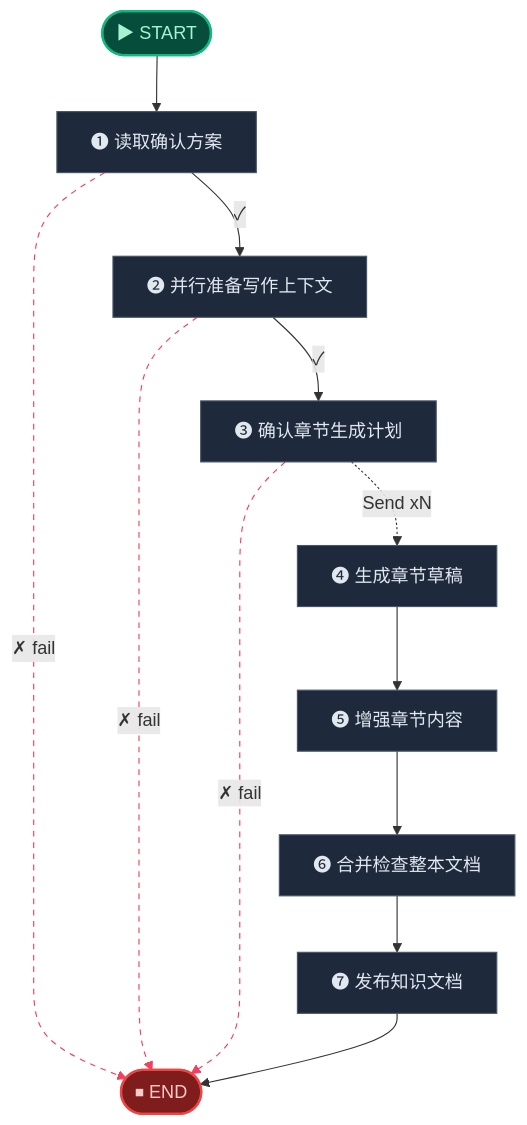
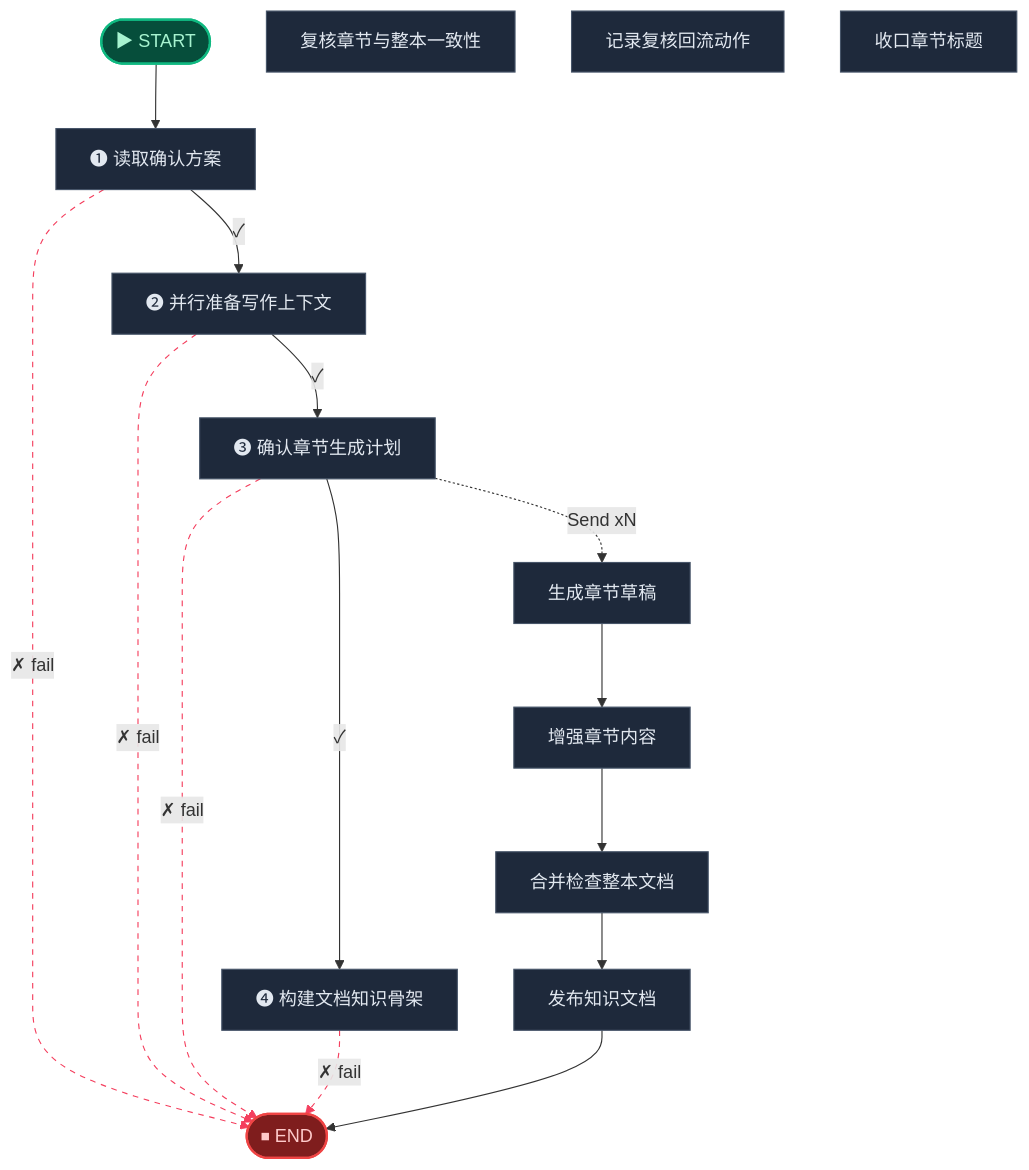
One commit to aiteachme/AITeachMe changed the second of 3 diagrams in backend/scripts/.generated_workflow_diagrams/digest.md. Above: the diagram before and after it, drawn with Mermaid. The commit also changed other lines of this file and 6 other files, not shown here.

````diff
--- a/backend/scripts/.generated_workflow_diagrams/digest.md
+++ b/backend/scripts/.generated_workflow_diagrams/digest.md
@@ -63,34 +63,40 @@
 ```mermaid
 flowchart TD
     __start__(["▶ START"])
     读取确认方案["❶ 读取确认方案"]
     并行准备写作上下文["❷ 并行准备写作上下文"]
     确认章节生成计划["❸ 确认章节生成计划"]
-    生成章节草稿["❹ 生成章节草稿"]
-    增强章节内容["❺ 增强章节内容"]
-    合并检查整本文档["❻ 合并检查整本文档"]
-    发布知识文档["❼ 发布知识文档"]
+    构建文档知识骨架["❹ 构建文档知识骨架"]
+    生成章节草稿["生成章节草稿"]
+    增强章节内容["增强章节内容"]
+    复核章节与整本一致性["复核章节与整本一致性"]
+    记录复核回流动作["记录复核回流动作"]
+    合并检查整本文档["合并检查整本文档"]
+    收口章节标题["收口章节标题"]
+    发布知识文档["发布知识文档"]
     __end__(["⏹ END"])
 
     __start__ --> 读取确认方案
     并行准备写作上下文 -. "✗ fail" .-> __end__
     并行准备写作上下文 -->|"✓"| 确认章节生成计划
+    构建文档知识骨架 -. "✗ fail" .-> __end__
     确认章节生成计划 -. "✗ fail" .-> __end__
+    确认章节生成计划 -->|"✓"| 构建文档知识骨架
     读取确认方案 -. "✗ fail" .-> __end__
     读取确认方案 -->|"✓"| 并行准备写作上下文
     确认章节生成计划 -. "Send xN" .-> 生成章节草稿
     生成章节草稿 --> 增强章节内容
     增强章节内容 --> 合并检查整本文档
     合并检查整本文档 --> 发布知识文档
     发布知识文档 --> __end__
 
     %% ── Styling ──
     classDef startCls fill:#064e3b,stroke:#10b981,stroke-width:2px,color:#a7f3d0
     classDef endCls fill:#7f1d1d,stroke:#ef4444,stroke-width:2px,color:#fecaca
     classDef failCls fill:#4c0519,stroke:#f43f5e,stroke-width:2px,color:#fecdd3
     classDef termCls fill:#1e3a5f,stroke:#3b82f6,stroke-width:2px,color:#93c5fd
     classDef default fill:#1e293b,stroke:#475569,stroke-width:1px,color:#e2e8f0
     class __start__ startCls
     class __end__ endCls
-    linkStyle 1,3,4 stroke:#f43f5e,stroke-dasharray:5
+    linkStyle 1,3,4,6 stroke:#f43f5e,stroke-dasharray:5
 ```
````
